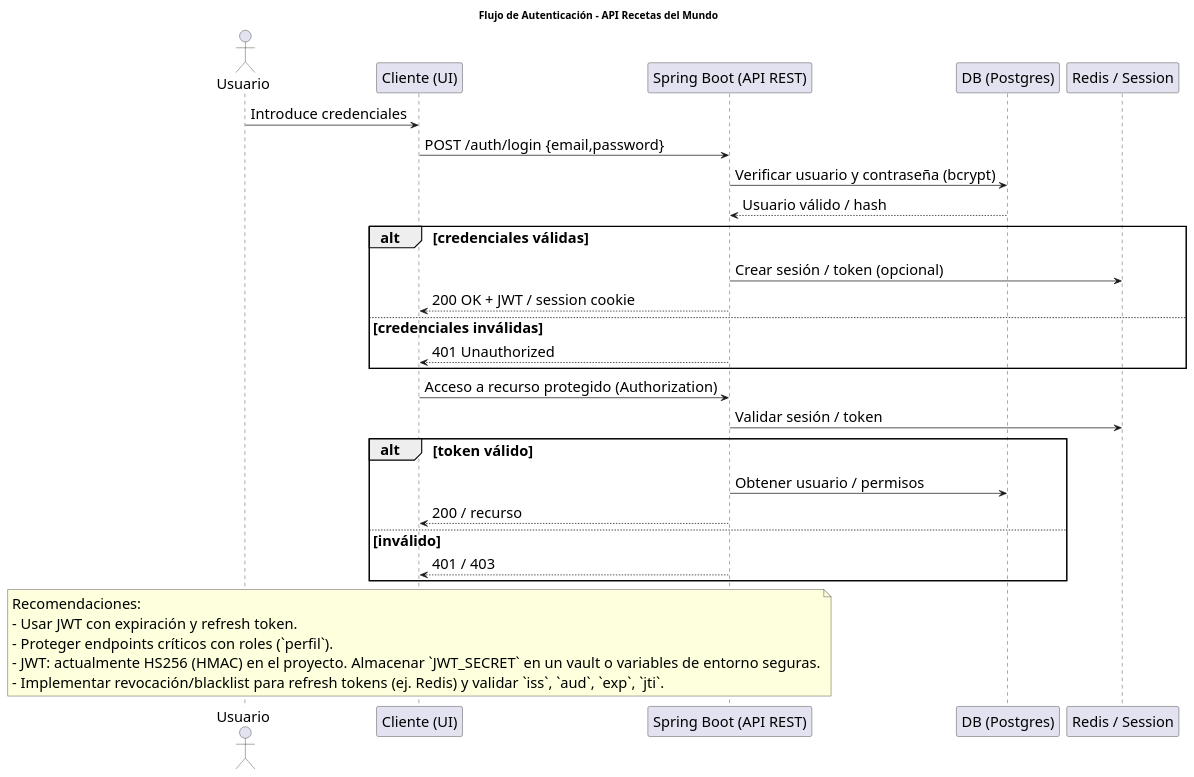
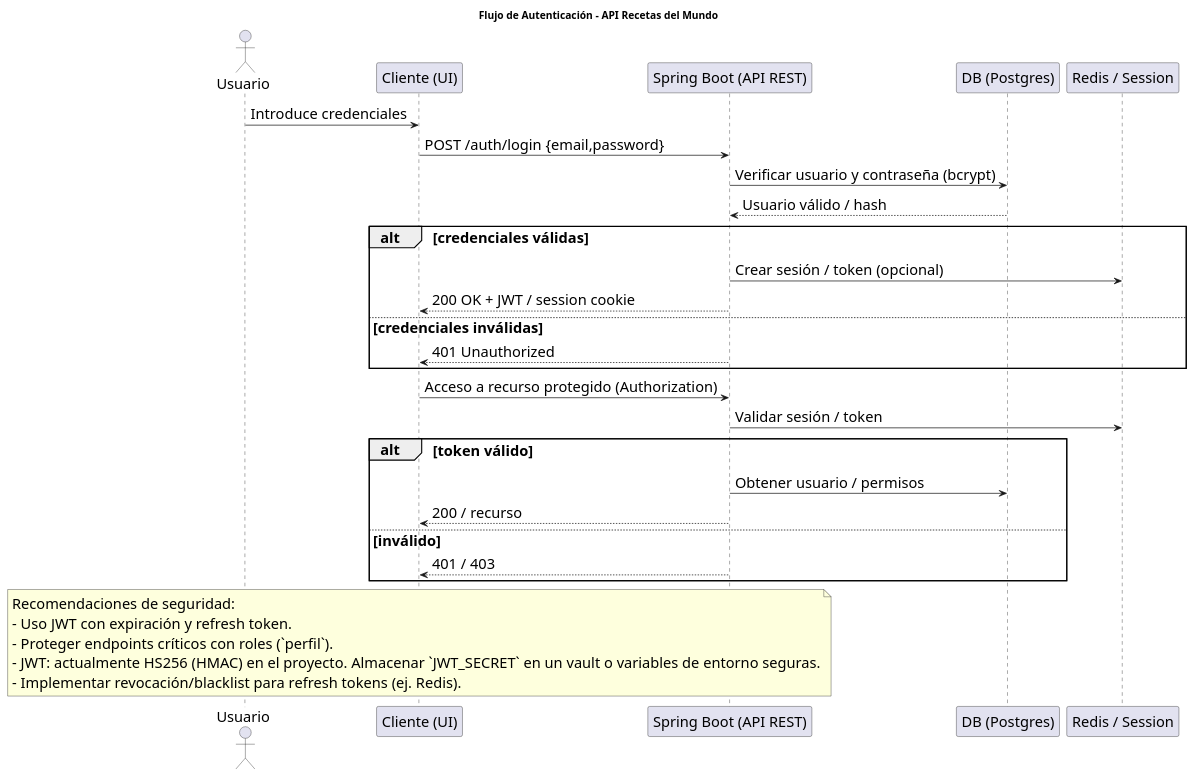
The diagram in backend/docs/auth_flow.puml (TioPig/Recetas-Del-Mundo), drawn with PlantUML before and after one commit. The commit also changed 8 other files, not shown here.

Commit message:
docs: regenerate architecture_diagram (svg/png)

```diff
--- a/backend/docs/auth_flow.puml
+++ b/backend/docs/auth_flow.puml
@@ -1,38 +1,38 @@
 @startuml
 title Flujo de Autenticación - API Recetas del Mundo
 skinparam defaultFontSize 20
 actor Usuario
 participant "Cliente (UI)" as Client
 participant "Spring Boot (API REST)" as API
 participant "DB (Postgres)" as DB
 participant "Redis / Session" as Redis
 
 Usuario -> Client : Introduce credenciales
 Client -> API : POST /auth/login {email,password}
 API -> DB : Verificar usuario y contraseña (bcrypt)
 DB --> API : Usuario válido / hash
 alt credenciales válidas
   API -> Redis : Crear sesión / token (opcional)
   API --> Client : 200 OK + JWT / session cookie
 else credenciales inválidas
   API --> Client : 401 Unauthorized
 end
 
 Client -> API : Acceso a recurso protegido (Authorization)
 API -> Redis : Validar sesión / token
 alt token válido
   API -> DB : Obtener usuario / permisos
   API --> Client : 200 / recurso
 else inválido
   API --> Client : 401 / 403
 end
 
 note over Client
-  Recomendaciones:
-  - Usar JWT con expiración y refresh token.
+  Recomendaciones de seguridad:
+  - Uso JWT con expiración y refresh token.
   - Proteger endpoints críticos con roles (`perfil`).
   - JWT: actualmente HS256 (HMAC) en el proyecto. Almacenar `JWT_SECRET` en un vault o variables de entorno seguras.
-  - Implementar revocación/blacklist para refresh tokens (ej. Redis) y validar `iss`, `aud`, `exp`, `jti`.
+  - Implementar revocación/blacklist para refresh tokens (ej. Redis).
 end note
 
 @enduml
```
